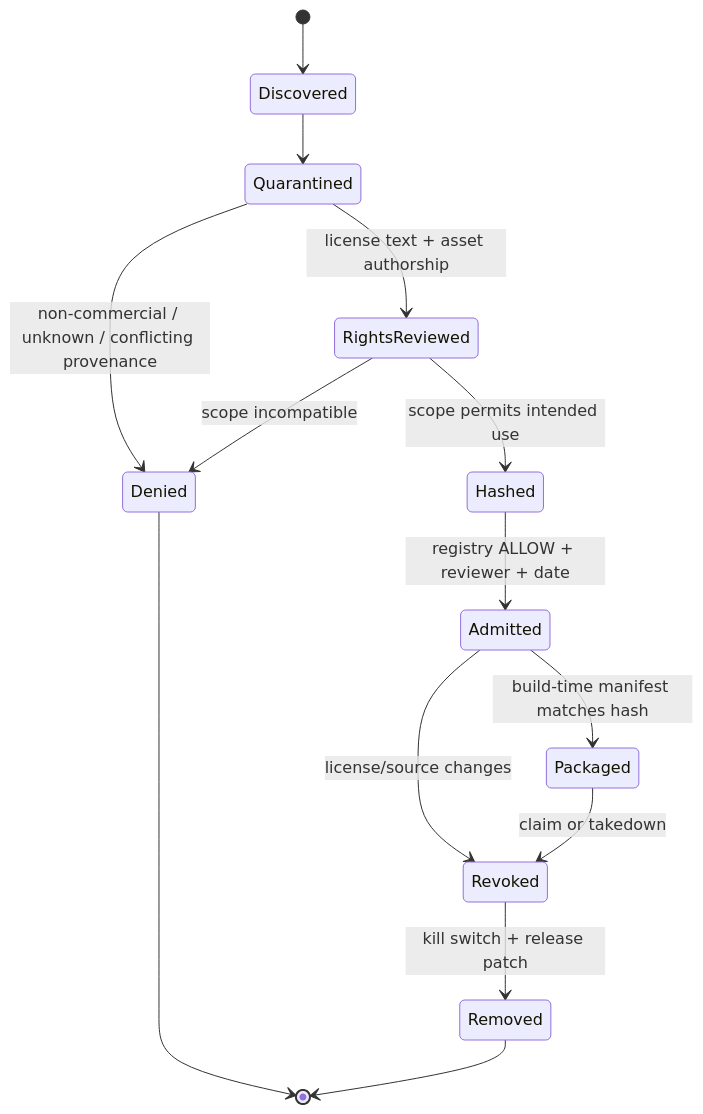
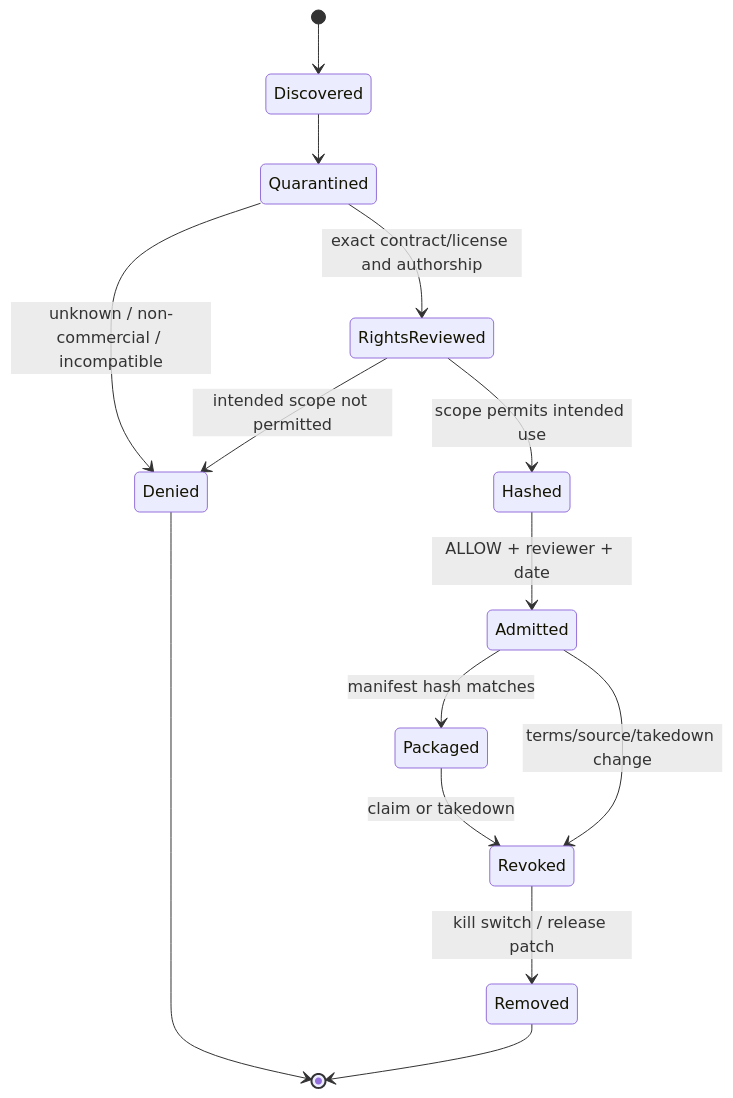
One commit to ed3c/gym-come-true changed the sixth of 8 diagrams in docs/architecture.md. Above: the diagram before and after it, drawn with Mermaid. The commit also changed other lines of this file and 12 other files, not shown here.

Commit message:
docs(agent): map state machines and stacked delivery graph

````diff
--- a/docs/architecture.md
+++ b/docs/architecture.md
@@ -158,16 +302,16 @@
 ```mermaid
 stateDiagram-v2
     [*] --> Discovered
     Discovered --> Quarantined
-    Quarantined --> Denied: non-commercial / unknown / conflicting provenance
-    Quarantined --> RightsReviewed: license text + asset authorship
-    RightsReviewed --> Denied: scope incompatible
+    Quarantined --> Denied: unknown / non-commercial / incompatible
+    Quarantined --> RightsReviewed: exact contract/license and authorship
+    RightsReviewed --> Denied: intended scope not permitted
     RightsReviewed --> Hashed: scope permits intended use
-    Hashed --> Admitted: registry ALLOW + reviewer + date
-    Admitted --> Packaged: build-time manifest matches hash
-    Admitted --> Revoked: license/source changes
+    Hashed --> Admitted: ALLOW + reviewer + date
+    Admitted --> Packaged: manifest hash matches
+    Admitted --> Revoked: terms/source/takedown change
     Packaged --> Revoked: claim or takedown
-    Revoked --> Removed: kill switch + release patch
+    Revoked --> Removed: kill switch / release patch
+    Removed --> [*]
     Denied --> [*]
-    Removed --> [*]
 ```
````
